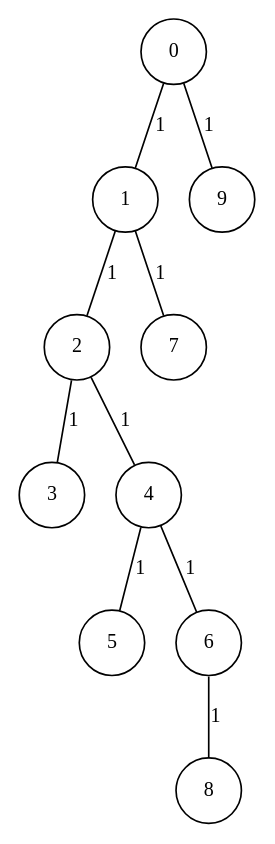
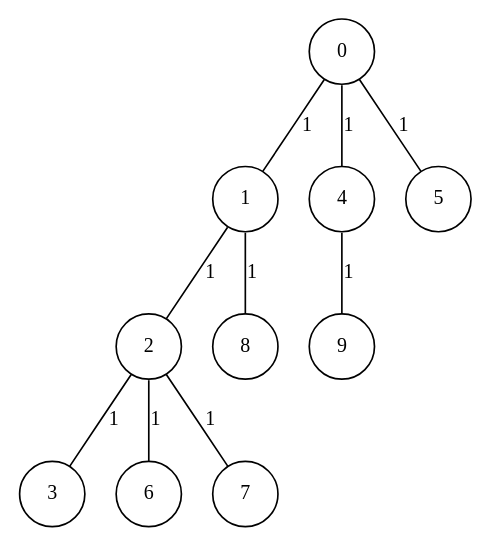
Before and after one commit to cardosodg/setcover-grasp: the diagram in GraphGenerator/input/instGraph_10_8.txt.dot, drawn with Graphviz. The commit also changed 3448 other files, not shown here.

```diff
--- a/GraphGenerator/input/instGraph_10_8.txt.dot
+++ b/GraphGenerator/input/instGraph_10_8.txt.dot
@@ -1,29 +1,29 @@
 graph G {
 size="8.5,11;"
 ratio = "expand;"
 fixedsize="true;"
 overlap="scale;"
 node[shape=circle,width=.12,hight=.12,fontsize=12]
 edge[fontsize=12]
 
-0[label=" 0" color=black, pos="1.887197,1.1730647!"];
-1[label=" 1" color=black, pos="0.4877207,1.6390092!"];
-2[label=" 2" color=black, pos="1.1553364,0.88220426!"];
-3[label=" 3" color=black, pos="0.89943128,0.47580563!"];
-4[label=" 4" color=black, pos="1.9466405,0.86567902!"];
-5[label=" 5" color=black, pos="0.71866632,1.1840662!"];
-6[label=" 6" color=black, pos="1.1671654,0.62612514!"];
-7[label=" 7" color=black, pos="1.1266692,1.9469247!"];
-8[label=" 8" color=black, pos="2.1608244,0.46184778!"];
-9[label=" 9" color=black, pos="0.91522059,2.6142267!"];
+0[label=" 0" color=black, pos="1.8090953,2.0515083!"];
+1[label=" 1" color=black, pos="1.4577156,0.69207644!"];
+2[label=" 2" color=black, pos="1.1191113,0.57863485!"];
+3[label=" 3" color=black, pos="0.59504526,0.30428545!"];
+4[label=" 4" color=black, pos="2.4765847,1.6097291!"];
+5[label=" 5" color=black, pos="2.6189254,0.23365621!"];
+6[label=" 6" color=black, pos="0.070090204,0.92372781!"];
+7[label=" 7" color=black, pos="0.48173335,2.8267694!"];
+8[label=" 8" color=black, pos="1.3571931,1.344251!"];
+9[label=" 9" color=black, pos="2.659146,1.2574689!"];
 0--1[label="1"]
-0--9[label="1"]
+0--4[label="1"]
+0--5[label="1"]
 1--2[label="1"]
-1--7[label="1"]
+1--8[label="1"]
 2--3[label="1"]
-2--4[label="1"]
-4--5[label="1"]
-4--6[label="1"]
-6--8[label="1"]
+2--6[label="1"]
+2--7[label="1"]
+4--9[label="1"]
 
 }
```
